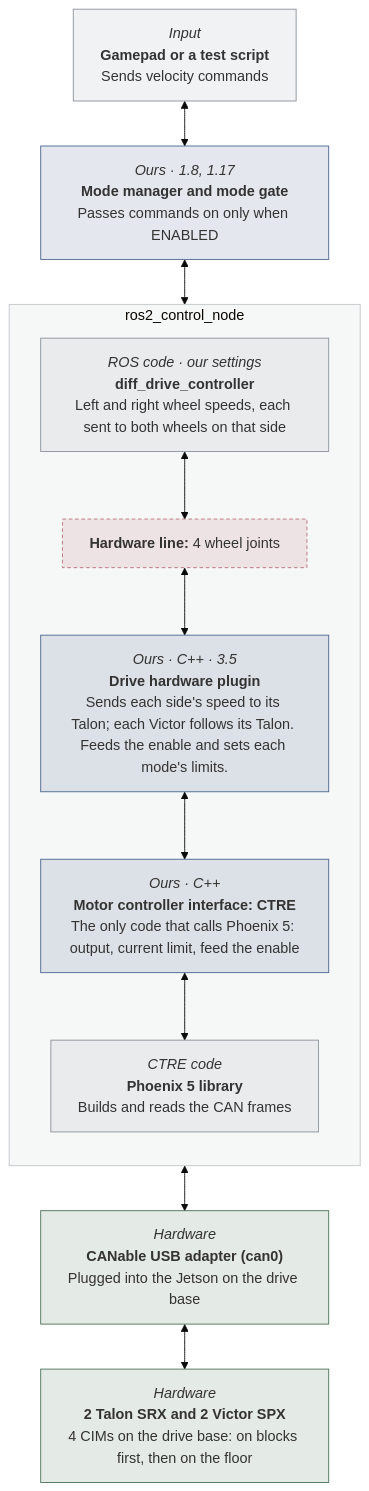
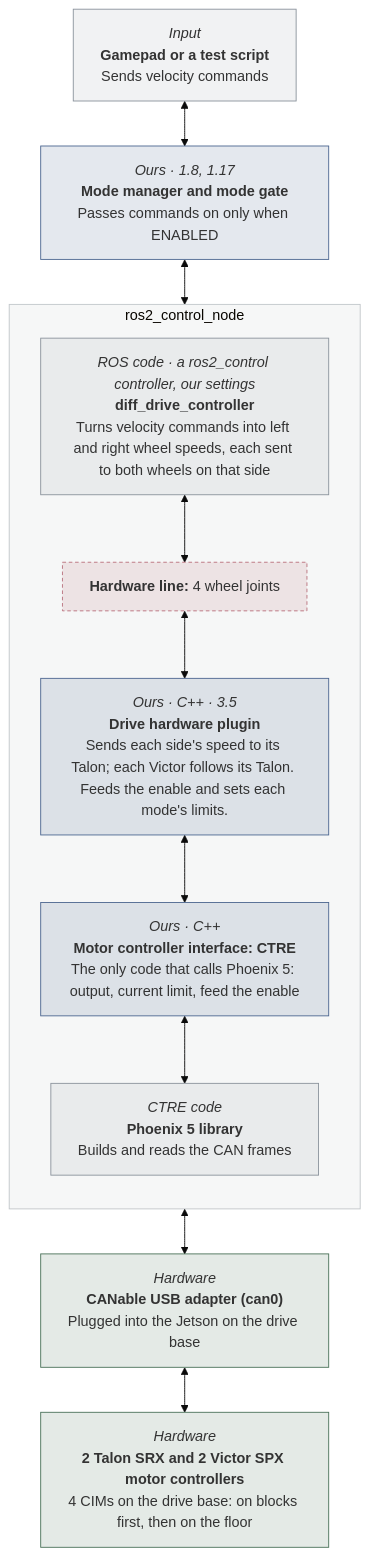
One commit to STAR-Robotics-Team/starrt-luna-software changed the fifth of 30 diagrams in docs/design/hardware-test-modes.md. Above: the diagram before and after it, drawn with Mermaid (base theme). The commit also changed other lines of this file and 4 other files, not shown here.

First line of the commit message:
Say which controller, and tell stubs from fake motor controllers apart

````diff
--- a/docs/design/hardware-test-modes.md
+++ b/docs/design/hardware-test-modes.md
@@ -282,55 +289,55 @@
 ```mermaid
 ---
 config:
   flowchart:
     wrappingWidth: 260
 ---
 flowchart TB
   b1["`*Input*
 **Gamepad or a test script**
 Sends velocity commands`"]
   b2["`*Ours · 1.8, 1.17*
 **Mode manager and mode gate**
 Passes commands on only when ENABLED`"]
   subgraph grp4["ros2_control_node"]
     direction TB
-    b3["`*ROS code · our settings*
+    b3["`*ROS code · a ros2_control controller, our settings*
 **diff_drive_controller**
-Left and right wheel speeds, each sent to both wheels on that side`"]
+Turns velocity commands into left and right wheel speeds, each sent to both wheels on that side`"]
     line5["`**Hardware line:** 4 wheel joints`"]
     b6["`*Ours · C++ · 3.5*
 **Drive hardware plugin**
 Sends each side's speed to its Talon; each Victor follows its Talon. Feeds the enable and sets each mode's limits.`"]
     b7["`*Ours · C++*
 **Motor controller interface: CTRE**
 The only code that calls Phoenix 5: output, current limit, feed the enable`"]
     b8["`*CTRE code*
 **Phoenix 5 library**
 Builds and reads the CAN frames`"]
     b3 <--> line5
     line5 <--> b6
     b6 <--> b7
     b7 <--> b8
   end
   b9["`*Hardware*
 **CANable USB adapter (can0)**
 Plugged into the Jetson on the drive base`"]
   b10["`*Hardware*
-**2 Talon SRX and 2 Victor SPX**
+**2 Talon SRX and 2 Victor SPX motor controllers**
 4 CIMs on the drive base: on blocks first, then on the floor`"]
   b1 <--> b2
   b2 <--> grp4
   grp4 <--> b9
   b9 <--> b10
   classDef ours fill:#4c669026,stroke:#4c6690
   classDef ros fill:#8b939c1f,stroke:#8b939c
   classDef stand fill:#b0844526,stroke:#b08445
   classDef hw fill:#4a725926,stroke:#4a7259
   classDef hwline fill:#b9707c26,stroke:#b9707c,stroke-dasharray:4 3
   classDef ghost fill:none,stroke:#8b939c,stroke-dasharray:4 4,color:#8b939c
   class b1,b3,b8 ros
   class b2,b6,b7 ours
   class line5 hwline
   class b9,b10 hw
   style grp4 fill:#8b939c14,stroke:#8b939c80
 ```
````
